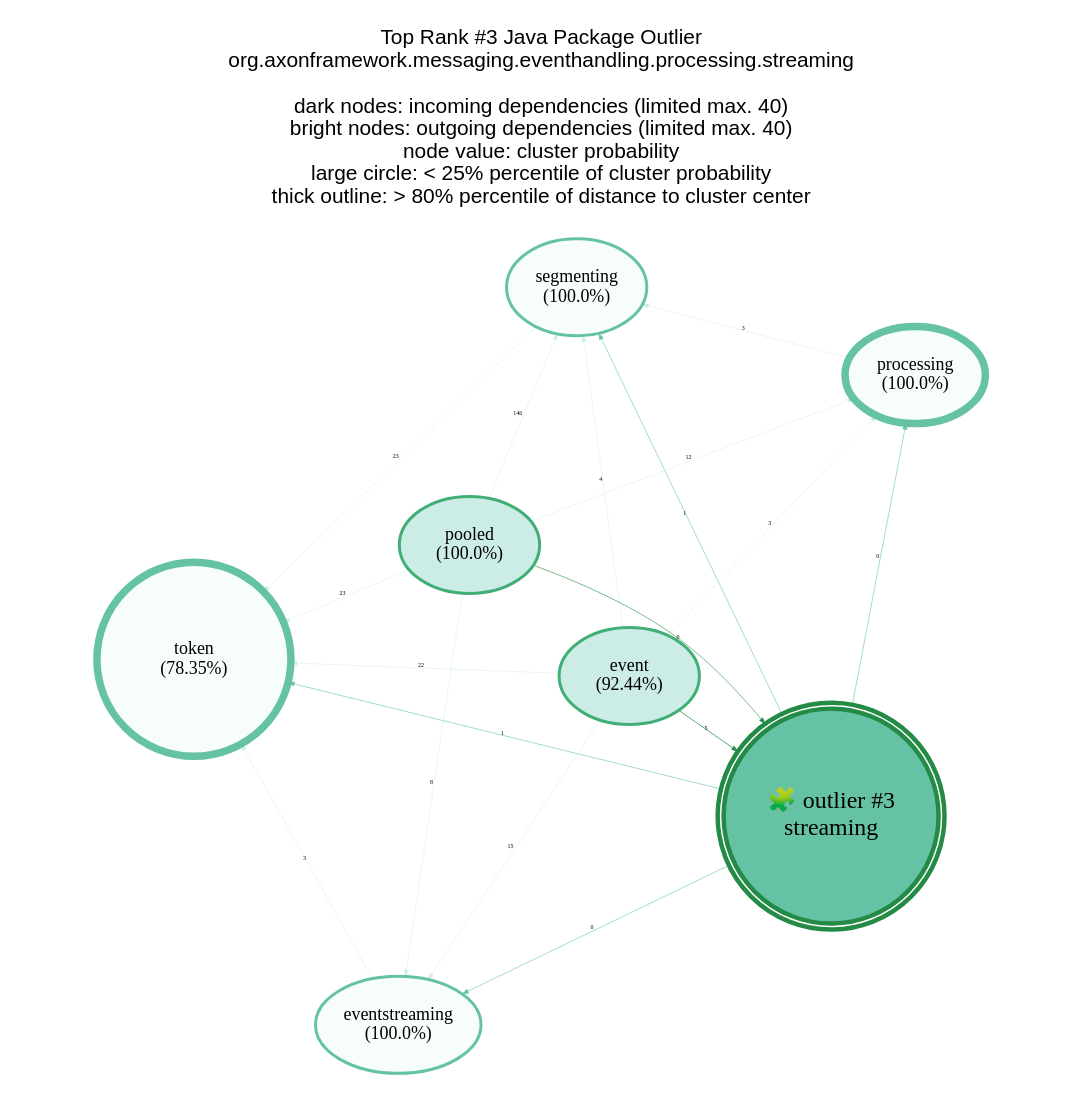
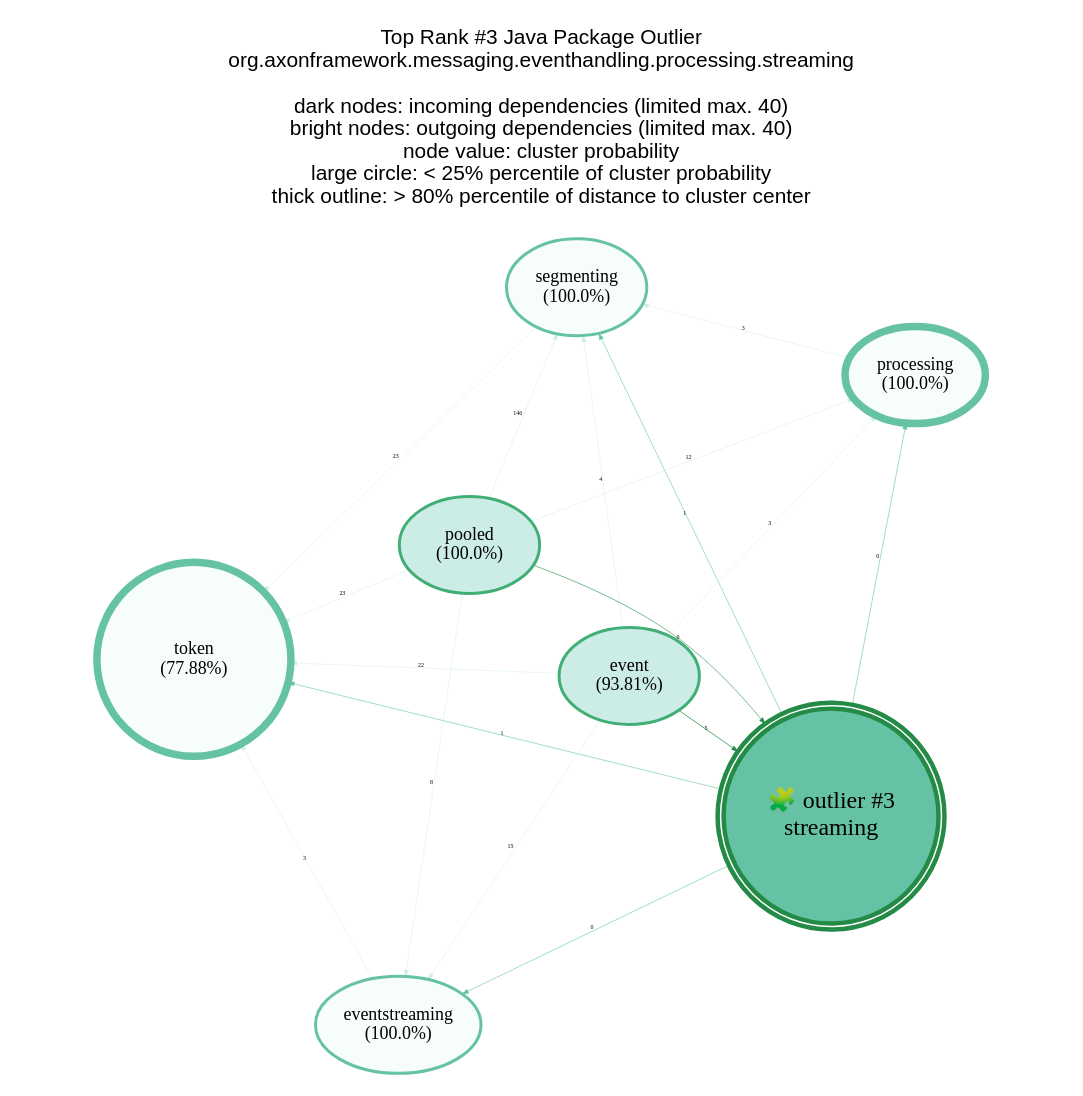
Before and after one commit to JohT/code-graph-analysis-examples: the diagram in analysis-results/AxonFramework/AxonFramework-5.0.3/anomaly-detection/Java_Package/GraphVisualizations/graphviz/TopOutlier3.gv, drawn with Graphviz. The commit also changed 731 other files, not shown here.

```diff
--- a/analysis-results/AxonFramework/AxonFramework-5.0.3/anomaly-detection/Java_Package/GraphVisualizations/graphviz/TopOutlier3.gv
+++ b/analysis-results/AxonFramework/AxonFramework-5.0.3/anomaly-detection/Java_Package/GraphVisualizations/graphviz/TopOutlier3.gv
@@ -1,34 +1,34 @@
 // This GraphViz dot file was generated by the script convertQueryResultCsvToGraphVizDotFile.sh with TopCentral.template
 
 strict digraph TopOutlier3 {
     graph [layout = "fdp"; start = "7"; splines = "spline"; pad = "0.8,0.1"; outputorder = "edgesfirst";];
     graph [fontname = "Helvetica,Arial,sans-serif"; labelloc = "t";];
     node [colorscheme = "bugn9"; color = 6; fillcolor = 3;];
     edge [colorscheme = "bugn9"; color = 7;];
     node [fontsize = 12; style = "filled"; margin = "0.03,0.03"; width="1.3"; height="0.9";];
     edge [fontsize = 4; arrowsize = "0.4";];
 
     central [shape = "doublecircle"; height = "2.0"; margin = "0.000001,0.000001";];
     central [fontsize = 16;];
     central [color = 7; fillcolor = 5; penwidth = 3;];
 
 	graph   [label="Top Rank #3 Java Package Outlier\norg.axonframework.messaging.eventhandling.processing.streaming\n\ndark nodes: incoming dependencies (limited max. 40)\nbright nodes: outgoing dependencies (limited max. 40)\nnode value: cluster probability\nlarge circle: < 25% percentile of cluster probability\nthick outline: > 80% percentile of distance to cluster center\n\n"];
 	central [label="🧩 outlier #3\nstreaming"];
-	"event_35414"  [label = "event\n(92.44%)"; penwidth = 2; ]; "event_35414" -> central [label=5; weight=5; penwidth=0.5];
+	"event_35414"  [label = "event\n(93.81%)"; penwidth = 2; ]; "event_35414" -> central [label=5; weight=5; penwidth=0.5];
 	"pooled_4085"  [label = "pooled\n(100.0%)"; penwidth = 2; ]; "pooled_4085" -> central [label=0; weight=0; penwidth=0.4];
 	"segmenting_4086"  [label = "segmenting\n(100.0%)"; penwidth = 2; color = 5; fillcolor = 1; ]; central -> "segmenting_4086" [label=1; weight=1; penwidth=0.4; color = 5];
-	"token_4079"  [shape = "circle"; height=1.8; label = "token\n(78.35%)"; penwidth = 5; color = 5; fillcolor = 1; ]; central -> "token_4079" [label=1; weight=1; penwidth=0.4; color = 5];
+	"token_4079"  [shape = "circle"; height=1.8; label = "token\n(77.88%)"; penwidth = 5; color = 5; fillcolor = 1; ]; central -> "token_4079" [label=1; weight=1; penwidth=0.4; color = 5];
 	"eventstreaming_4091"  [label = "eventstreaming\n(100.0%)"; penwidth = 2; color = 5; fillcolor = 1; ]; central -> "eventstreaming_4091" [label=0; weight=0; penwidth=0.4; color = 5];
 	"processing_4077"  [label = "processing\n(100.0%)"; penwidth = 5; color = 5; fillcolor = 1; ]; central -> "processing_4077" [label=0; weight=0; penwidth=0.4; color = 5];
 	"pooled_4085" -> "segmenting_4086" [label=146; weight=146; penwidth=0.3; color = 3]
 	"pooled_4085" -> "token_4079" [label=23; weight=23; penwidth=0.3; color = 3]
 	"segmenting_4086" -> "token_4079" [label=23; weight=23; penwidth=0.3; color = 3]
 	"event_35414" -> "token_4079" [label=22; weight=22; penwidth=0.3; color = 3]
 	"event_35414" -> "eventstreaming_4091" [label=15; weight=15; penwidth=0.3; color = 3]
 	"pooled_4085" -> "processing_4077" [label=12; weight=12; penwidth=0.3; color = 3]
 	"pooled_4085" -> "eventstreaming_4091" [label=8; weight=8; penwidth=0.3; color = 3]
 	"event_35414" -> "segmenting_4086" [label=4; weight=4; penwidth=0.3; color = 3]
 	"event_35414" -> "processing_4077" [label=3; weight=3; penwidth=0.3; color = 3]
 	"eventstreaming_4091" -> "token_4079" [label=3; weight=3; penwidth=0.3; color = 3]
 	"processing_4077" -> "segmenting_4086" [label=3; weight=3; penwidth=0.3; color = 3]
 }
```
